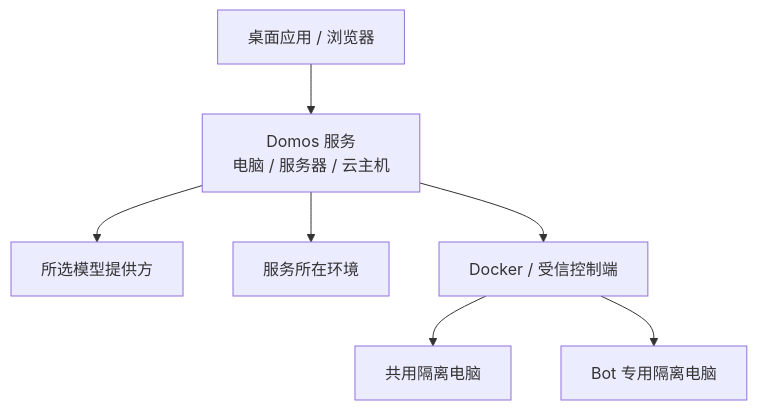
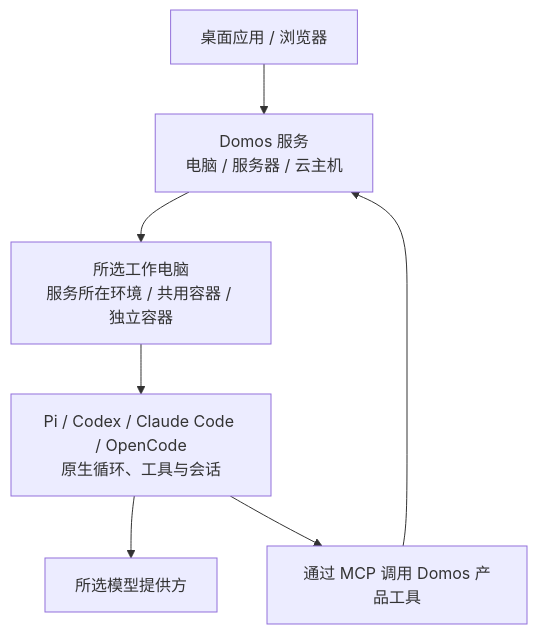
One commit to brandlll-lee/domos changed the diagram in README.zh-CN.md. Above: the diagram before and after it, drawn with Mermaid. The commit also changed other lines of this file and 3 other files, not shown here.

````diff
--- a/README.zh-CN.md
+++ b/README.zh-CN.md
@@ -120,9 +143,9 @@
 ```mermaid
 graph TD
     Client["桌面应用 / 浏览器"] --> Service["Domos 服务<br/>电脑 / 服务器 / 云主机"]
-    Service --> Models["所选模型提供方"]
-    Service --> Native["服务所在环境"]
-    Service --> Docker["Docker / 受信控制端"]
-    Docker --> Shared["共用隔离电脑"]
-    Docker --> Dedicated["Bot 专用隔离电脑"]
+    Service --> Work["所选工作电脑<br/>服务所在环境 / 共用容器 / 独立容器"]
+    Work --> Engine["Pi / Codex / Claude Code / OpenCode<br/>原生循环、工具与会话"]
+    Engine --> Models["所选模型提供方"]
+    Engine --> Tools["通过 MCP 调用 Domos 产品工具"]
+    Tools --> Service
 ```
````
